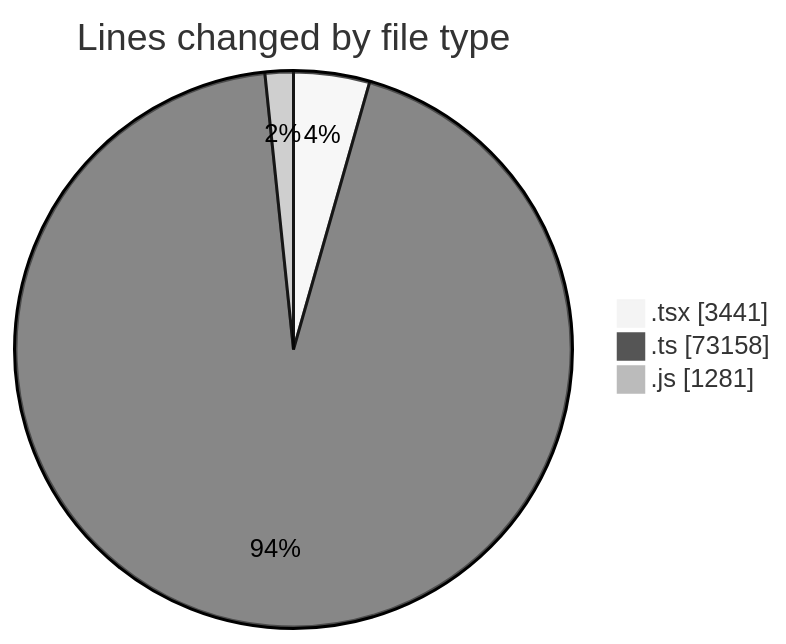
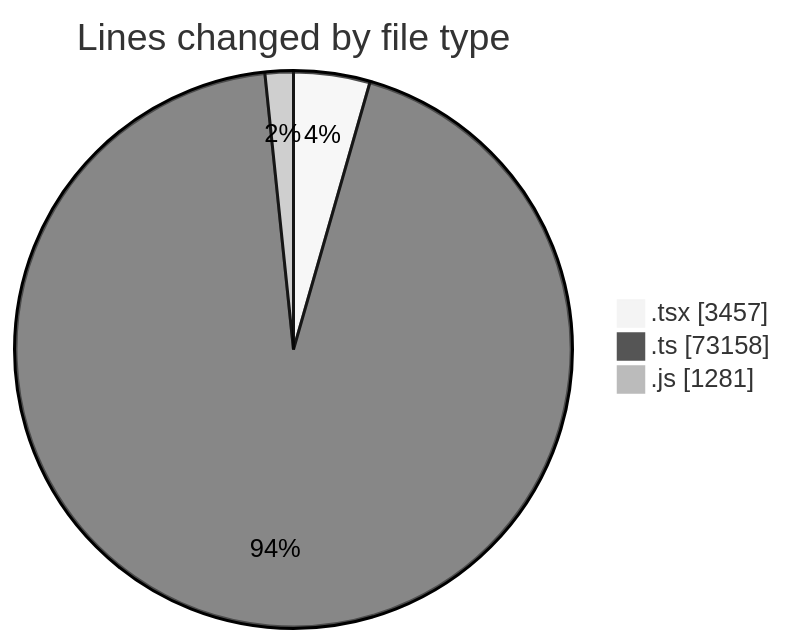
The first of 2 diagrams in 2026-11-09/cda/README.md (momahboobian/code-tracking), drawn with Mermaid (neutral theme) before and after one commit. The commit also changed other lines of this file and 1 other file, not shown here.

````diff
--- a/2026-11-09/cda/README.md
+++ b/2026-11-09/cda/README.md
@@ -54,7 +54,7 @@
 ```mermaid
 pie showData
 title Lines changed by file type
-".tsx" : 3441
+".tsx" : 3457
 ".ts" : 73158
 ".js" : 1281
 ```
````
